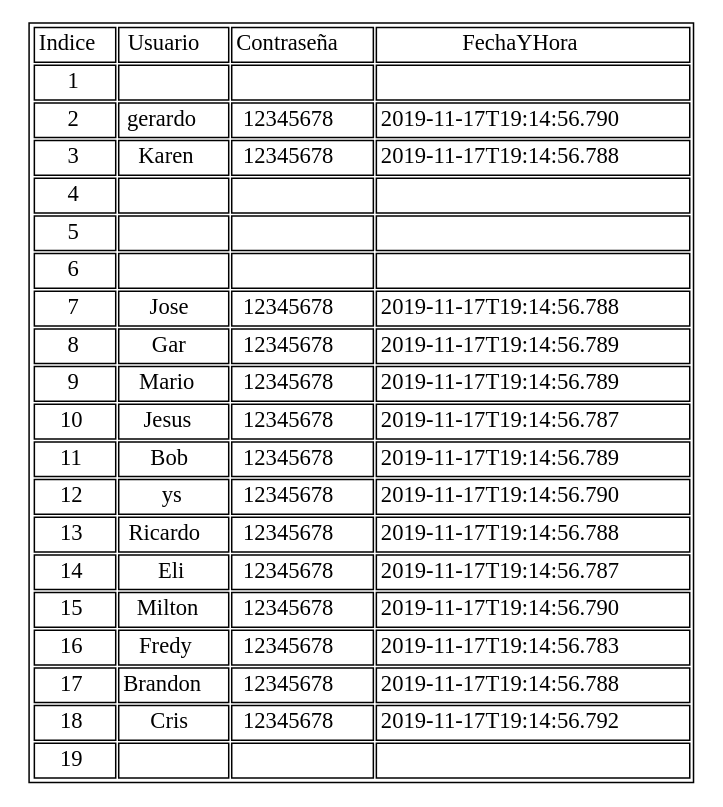
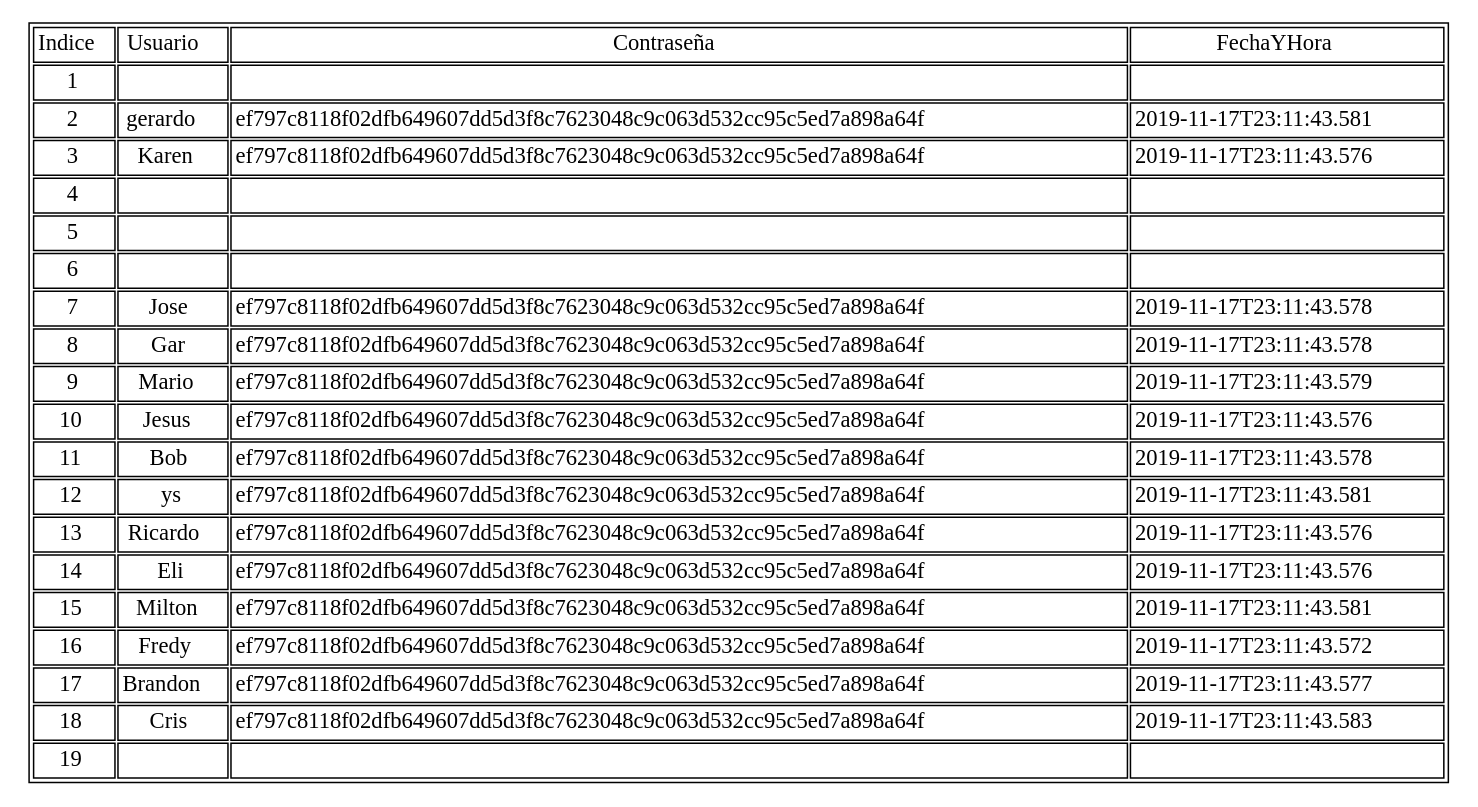
Before and after one commit to fraced97/EDD_2S2019_PY2_201700350: the diagram in HashTable.dot, drawn with Graphviz. The commit also changed 12 other files, not shown here.

```diff
--- a/HashTable.dot
+++ b/HashTable.dot
@@ -30,10 +30,10 @@
 gerardo
 </TD>
 <TD>
-12345678
+ef797c8118f02dfb649607dd5d3f8c7623048c9c063d532cc95c5ed7a898a64f
 </TD>
 <TD>
-2019-11-17T19:14:56.790
+2019-11-17T23:11:43.581
 </TD>
 </TR>
 <TR>
@@ -44,10 +44,10 @@
 Karen
 </TD>
 <TD>
-12345678
+ef797c8118f02dfb649607dd5d3f8c7623048c9c063d532cc95c5ed7a898a64f
 </TD>
 <TD>
-2019-11-17T19:14:56.788
+2019-11-17T23:11:43.576
 </TD>
 </TR>
 <TR>
@@ -100,10 +100,10 @@
 Jose
 </TD>
 <TD>
-12345678
+ef797c8118f02dfb649607dd5d3f8c7623048c9c063d532cc95c5ed7a898a64f
 </TD>
 <TD>
-2019-11-17T19:14:56.788
+2019-11-17T23:11:43.578
 </TD>
 </TR>
 <TR>
@@ -114,10 +114,10 @@
 Gar
 </TD>
 <TD>
-12345678
+ef797c8118f02dfb649607dd5d3f8c7623048c9c063d532cc95c5ed7a898a64f
 </TD>
 <TD>
-2019-11-17T19:14:56.789
+2019-11-17T23:11:43.578
 </TD>
 </TR>
 <TR>
@@ -128,10 +128,10 @@
 Mario
 </TD>
 <TD>
-12345678
+ef797c8118f02dfb649607dd5d3f8c7623048c9c063d532cc95c5ed7a898a64f
 </TD>
 <TD>
-2019-11-17T19:14:56.789
+2019-11-17T23:11:43.579
 </TD>
 </TR>
 <TR>
@@ -142,10 +142,10 @@
 Jesus
 </TD>
 <TD>
-12345678
+ef797c8118f02dfb649607dd5d3f8c7623048c9c063d532cc95c5ed7a898a64f
 </TD>
 <TD>
-2019-11-17T19:14:56.787
+2019-11-17T23:11:43.576
 </TD>
 </TR>
 <TR>
@@ -156,10 +156,10 @@
 Bob
 </TD>
 <TD>
-12345678
+ef797c8118f02dfb649607dd5d3f8c7623048c9c063d532cc95c5ed7a898a64f
 </TD>
 <TD>
-2019-11-17T19:14:56.789
+2019-11-17T23:11:43.578
 </TD>
 </TR>
 <TR>
@@ -170,10 +170,10 @@
 ys
 </TD>
 <TD>
-12345678
+ef797c8118f02dfb649607dd5d3f8c7623048c9c063d532cc95c5ed7a898a64f
 </TD>
 <TD>
-2019-11-17T19:14:56.790
+2019-11-17T23:11:43.581
 </TD>
 </TR>
 <TR>
@@ -184,10 +184,10 @@
 Ricardo
 </TD>
 <TD>
-12345678
+ef797c8118f02dfb649607dd5d3f8c7623048c9c063d532cc95c5ed7a898a64f
 </TD>
 <TD>
-2019-11-17T19:14:56.788
+2019-11-17T23:11:43.576
 </TD>
 </TR>
 <TR>
@@ -198,10 +198,10 @@
 Eli
 </TD>
 <TD>
-12345678
+ef797c8118f02dfb649607dd5d3f8c7623048c9c063d532cc95c5ed7a898a64f
 </TD>
 <TD>
-2019-11-17T19:14:56.787
+2019-11-17T23:11:43.576
 </TD>
 </TR>
 <TR>
@@ -212,10 +212,10 @@
 Milton
 </TD>
 <TD>
-12345678
+ef797c8118f02dfb649607dd5d3f8c7623048c9c063d532cc95c5ed7a898a64f
 </TD>
 <TD>
-2019-11-17T19:14:56.790
+2019-11-17T23:11:43.581
 </TD>
 </TR>
 <TR>
@@ -226,10 +226,10 @@
 Fredy
 </TD>
 <TD>
-12345678
+ef797c8118f02dfb649607dd5d3f8c7623048c9c063d532cc95c5ed7a898a64f
 </TD>
 <TD>
-2019-11-17T19:14:56.783
+2019-11-17T23:11:43.572
 </TD>
 </TR>
 <TR>
@@ -240,10 +240,10 @@
 Brandon
 </TD>
 <TD>
-12345678
+ef797c8118f02dfb649607dd5d3f8c7623048c9c063d532cc95c5ed7a898a64f
 </TD>
 <TD>
-2019-11-17T19:14:56.788
+2019-11-17T23:11:43.577
 </TD>
 </TR>
 <TR>
@@ -254,10 +254,10 @@
 Cris
 </TD>
 <TD>
-12345678
+ef797c8118f02dfb649607dd5d3f8c7623048c9c063d532cc95c5ed7a898a64f
 </TD>
 <TD>
-2019-11-17T19:14:56.792
+2019-11-17T23:11:43.583
 </TD>
 </TR>
 <TR>
```
